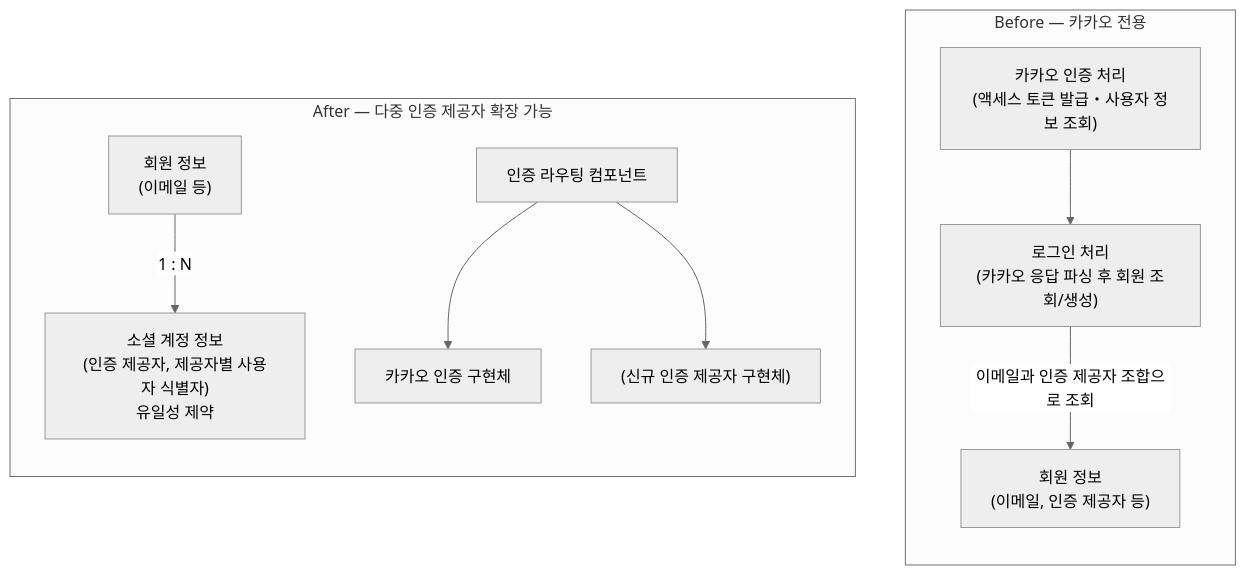
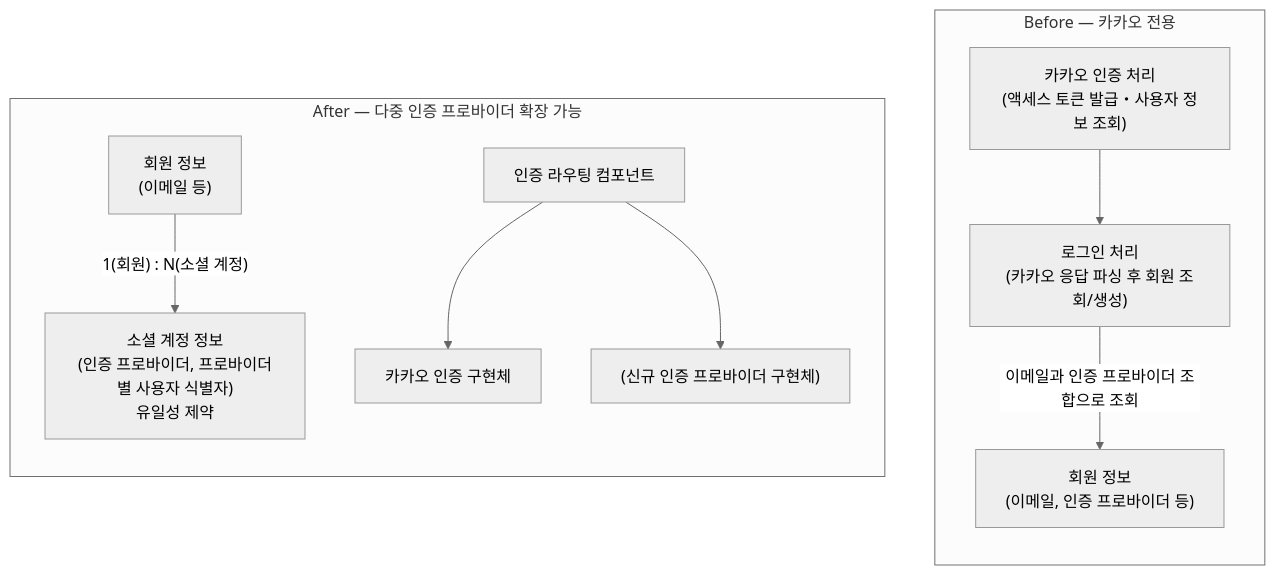
The diagram in src/content/projects/project-2/troubleshooting/oauth-multi-provider/index.md (Jinpyo-An/Jinpyo-An.github.io), drawn with Mermaid (neutral theme) before and after one commit. The commit also changed other lines of this file, not shown here.

````diff
--- a/src/content/projects/project-2/troubleshooting/oauth-multi-provider/index.md
+++ b/src/content/projects/project-2/troubleshooting/oauth-multi-provider/index.md
@@ -24,24 +26,24 @@
 ```mermaid
 flowchart TB
     subgraph BEFORE["Before — 카카오 전용"]
         direction TB
-        U1["회원 정보\n(이메일, 인증 제공자 등)"]
+        U1["회원 정보\n(이메일, 인증 프로바이더 등)"]
         OS["카카오 인증 처리\n(액세스 토큰 발급・사용자 정보 조회)"]
         OSS["로그인 처리\n(카카오 응답 파싱 후 회원 조회/생성)"]
         OS --> OSS
-        OSS -->|"이메일과 인증 제공자 조합으로 조회"| U1
+        OSS -->|"이메일과 인증 프로바이더 조합으로 조회"| U1
     end
 
-    subgraph AFTER["After — 다중 인증 제공자 확장 가능"]
+    subgraph AFTER["After — 다중 인증 프로바이더 확장 가능"]
         direction TB
         U2["회원 정보\n(이메일 등)"]
-        SA["소셜 계정 정보\n(인증 제공자, 제공자별 사용자 식별자)\n유일성 제약"]
+        SA["소셜 계정 정보\n(인증 프로바이더, 프로바이더별 사용자 식별자)\n유일성 제약"]
         FACADE["인증 라우팅 컴포넌트"]
         KAKAO["카카오 인증 구현체"]
-        NEW["(신규 인증 제공자 구현체)"]
+        NEW["(신규 인증 프로바이더 구현체)"]
 
-        U2 -->|"1 : N"| SA
+        U2 -->|"1(회원) : N(소셜 계정)"| SA
         FACADE --> KAKAO
         FACADE --> NEW
     end
 ```
````
